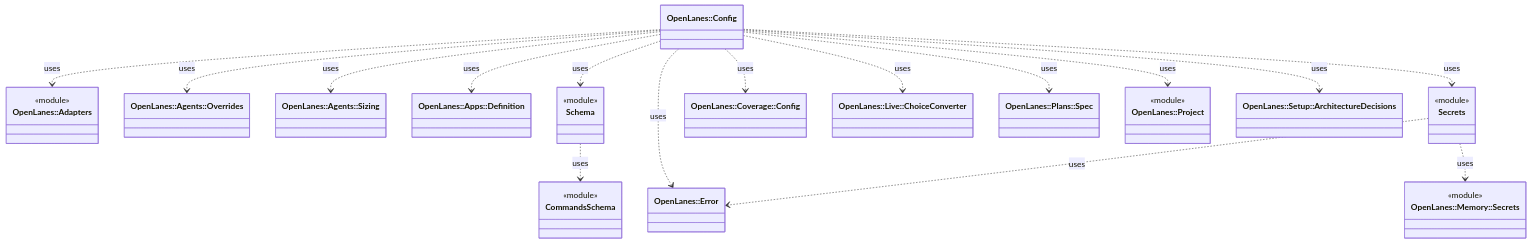
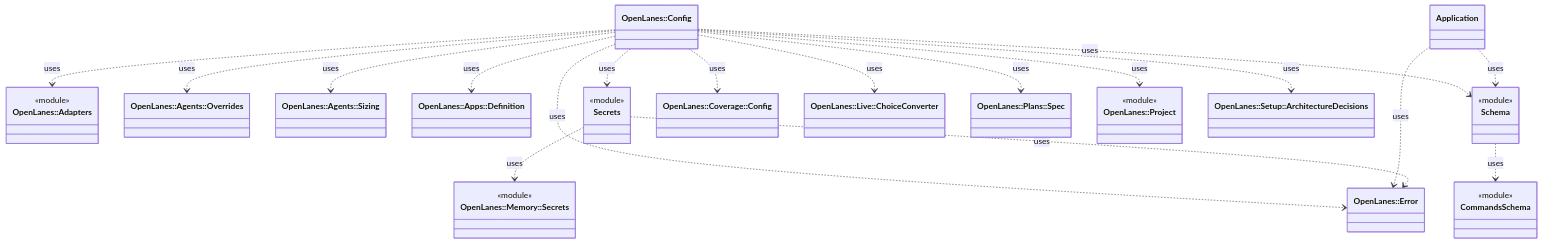
One commit to kigster/openlanes changed the diagram in docs/architecture/openlanes-config.md. Above: the diagram before and after it, drawn with Mermaid. The commit also changed 12 other files, not shown here.

First line of the commit message:
Add an application section to the config

````diff
--- a/docs/architecture/openlanes-config.md
+++ b/docs/architecture/openlanes-config.md
@@ -5,39 +5,42 @@
 ```mermaid
 classDiagram
   class OpenLanes__Adapters["OpenLanes::Adapters"]
   <<module>> OpenLanes__Adapters
   class OpenLanes__Agents__Overrides["OpenLanes::Agents::Overrides"]
   class OpenLanes__Agents__Sizing["OpenLanes::Agents::Sizing"]
   class OpenLanes__Apps__Definition["OpenLanes::Apps::Definition"]
   class OpenLanes__Config["OpenLanes::Config"]
+  class OpenLanes__Config__Application["Application"]
   class OpenLanes__Config__CommandsSchema["CommandsSchema"]
   <<module>> OpenLanes__Config__CommandsSchema
   class OpenLanes__Config__Schema["Schema"]
   <<module>> OpenLanes__Config__Schema
   class OpenLanes__Config__Secrets["Secrets"]
   <<module>> OpenLanes__Config__Secrets
   class OpenLanes__Coverage__Config["OpenLanes::Coverage::Config"]
   class OpenLanes__Error["OpenLanes::Error"]
   class OpenLanes__Live__ChoiceConverter["OpenLanes::Live::ChoiceConverter"]
   class OpenLanes__Memory__Secrets["OpenLanes::Memory::Secrets"]
   <<module>> OpenLanes__Memory__Secrets
   class OpenLanes__Plans__Spec["OpenLanes::Plans::Spec"]
   class OpenLanes__Project["OpenLanes::Project"]
   <<module>> OpenLanes__Project
   class OpenLanes__Setup__ArchitectureDecisions["OpenLanes::Setup::ArchitectureDecisions"]
   OpenLanes__Config ..> OpenLanes__Adapters : uses
   OpenLanes__Config ..> OpenLanes__Agents__Overrides : uses
   OpenLanes__Config ..> OpenLanes__Agents__Sizing : uses
   OpenLanes__Config ..> OpenLanes__Apps__Definition : uses
   OpenLanes__Config ..> OpenLanes__Config__Schema : uses
   OpenLanes__Config ..> OpenLanes__Config__Secrets : uses
   OpenLanes__Config ..> OpenLanes__Coverage__Config : uses
   OpenLanes__Config ..> OpenLanes__Error : uses
   OpenLanes__Config ..> OpenLanes__Live__ChoiceConverter : uses
   OpenLanes__Config ..> OpenLanes__Plans__Spec : uses
   OpenLanes__Config ..> OpenLanes__Project : uses
   OpenLanes__Config ..> OpenLanes__Setup__ArchitectureDecisions : uses
+  OpenLanes__Config__Application ..> OpenLanes__Config__Schema : uses
+  OpenLanes__Config__Application ..> OpenLanes__Error : uses
   OpenLanes__Config__Schema ..> OpenLanes__Config__CommandsSchema : uses
   OpenLanes__Config__Secrets ..> OpenLanes__Error : uses
   OpenLanes__Config__Secrets ..> OpenLanes__Memory__Secrets : uses
 ```
````
